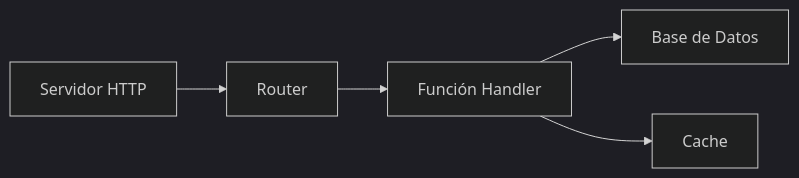
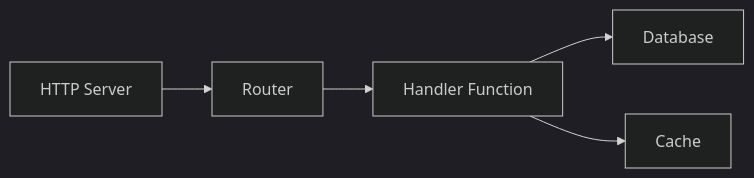
The first of 2 diagrams in es/guides/supervision.md (wippyai/docs), drawn with Mermaid (dark theme) before and after one commit. The commit also changed other lines of this file and 870 other files, not shown here.

````diff
--- a/es/guides/supervision.md
+++ b/es/guides/supervision.md
@@ -55,7 +58,7 @@
 ```mermaid
 graph LR
-    A[Servidor HTTP] --> B[Router]
-    B --> C[Función Handler]
-    C --> D[Base de Datos]
+    A[HTTP Server] --> B[Router]
+    B --> C[Handler Function]
+    C --> D[Database]
     C --> E[Cache]
 ```
````
